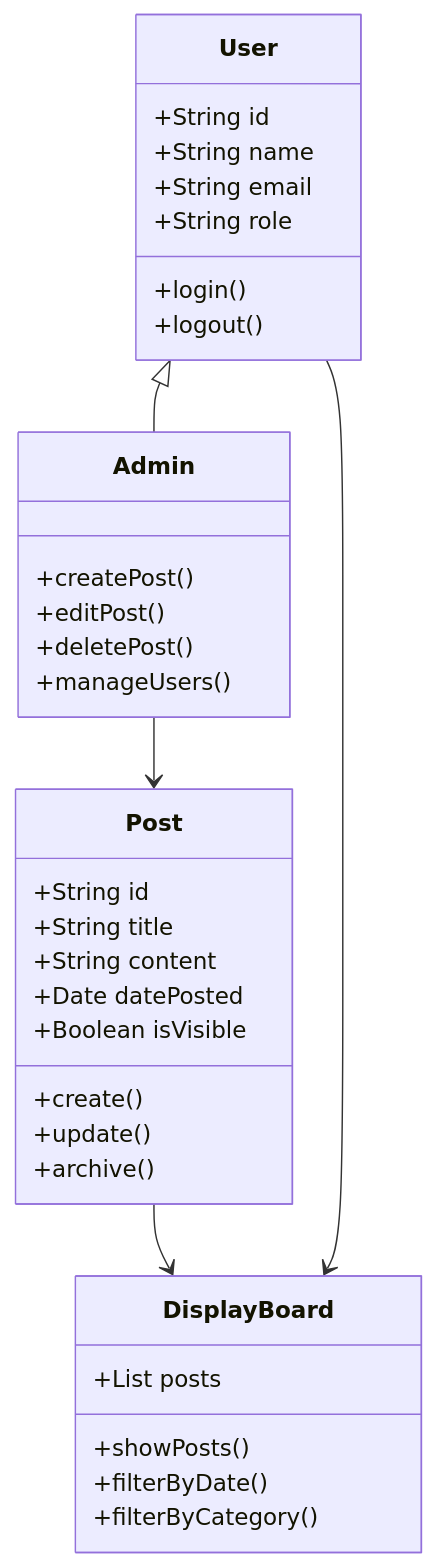
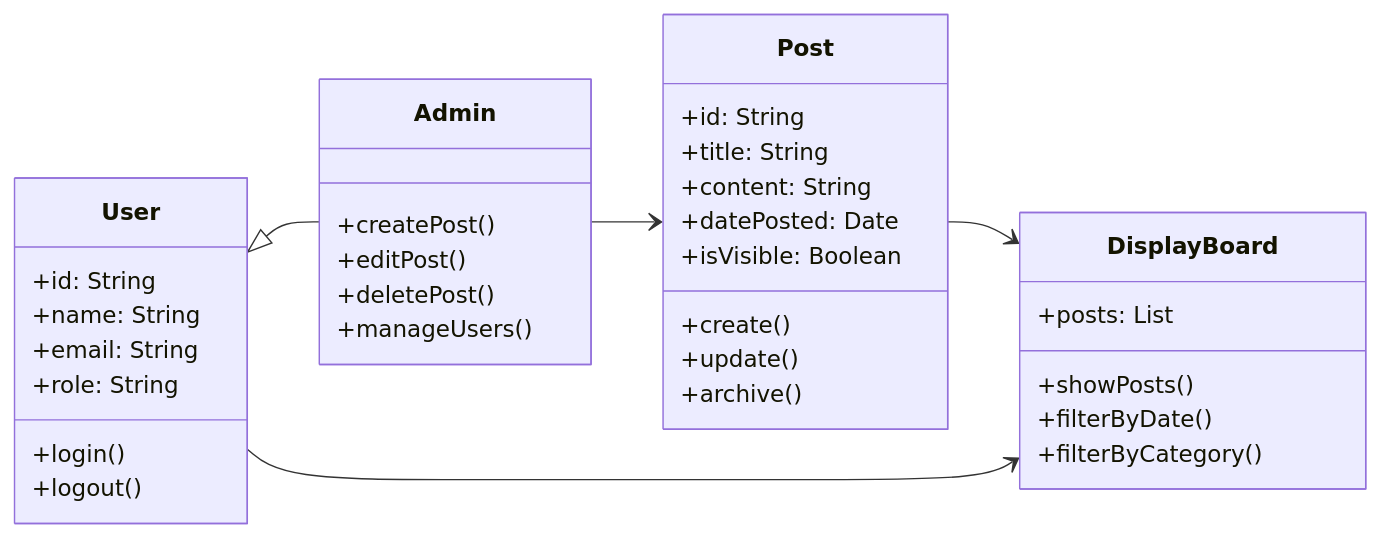
Before and after one commit to AbderrafieElmrabet/red-thread-project: the diagram in planning/class diagram/class-diagram.mmd, drawn with Mermaid. The commit also changed 6 other files, not shown here.

Commit message:
diagrams

```diff
--- a/planning/class diagram/class-diagram.mmd
+++ b/planning/class diagram/class-diagram.mmd
@@ -1,39 +1,41 @@
 classDiagram
-    class User {
-        +String id
-        +String name
-        +String email
-        +String role
-        +login()
-        +logout()
-    }
+direction LR
 
-    class Admin {
-        +createPost()
-        +editPost()
-        +deletePost()
-        +manageUsers()
-    }
+User <|-- Admin
+Admin --> Post
+Post --> DisplayBoard
+User --> DisplayBoard
 
-    class Post {
-        +String id
-        +String title
-        +String content
-        +Date datePosted
-        +Boolean isVisible
-        +create()
-        +update()
-        +archive()
-    }
+class User {
+  +id: String
+  +name: String
+  +email: String
+  +role: String
+  +login()
+  +logout()
+}
 
-    class DisplayBoard {
-        +List<Post> posts
-        +showPosts()
-        +filterByDate()
-        +filterByCategory()
-    }
+class Admin {
+  +createPost()
+  +editPost()
+  +deletePost()
+  +manageUsers()
+}
 
-    User <|-- Admin
-    Admin --> Post
-    Post --> DisplayBoard
-    User --> DisplayBoard
+class Post {
+  +id: String
+  +title: String
+  +content: String
+  +datePosted: Date
+  +isVisible: Boolean
+  +create()
+  +update()
+  +archive()
+}
+
+class DisplayBoard {
+  +posts: List<Post>
+  +showPosts()
+  +filterByDate()
+  +filterByCategory()
+}
```
